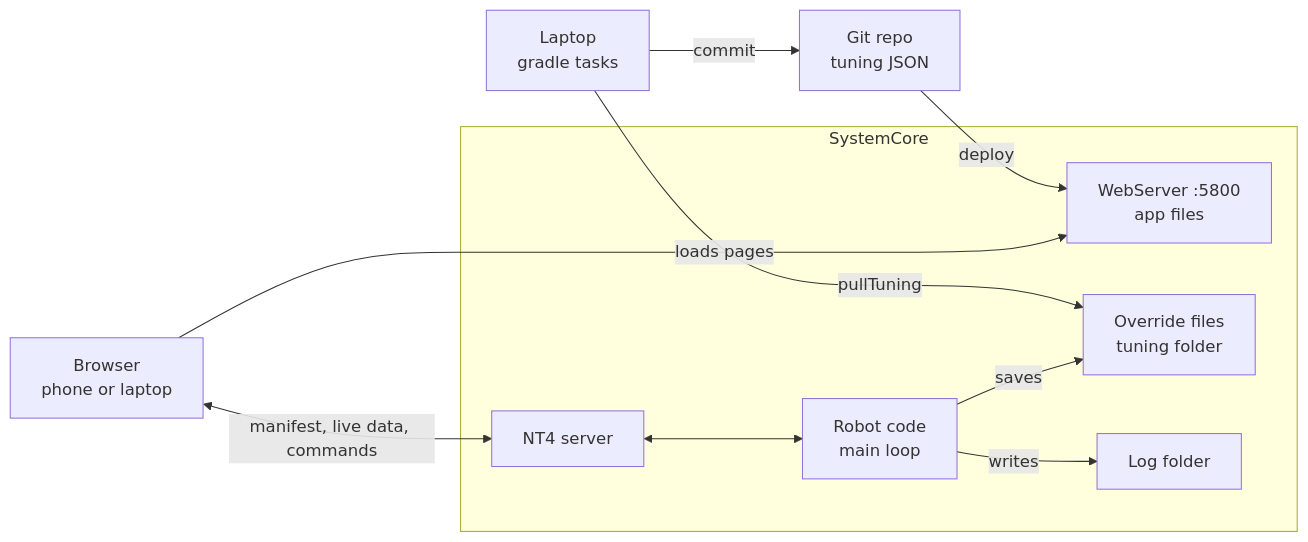
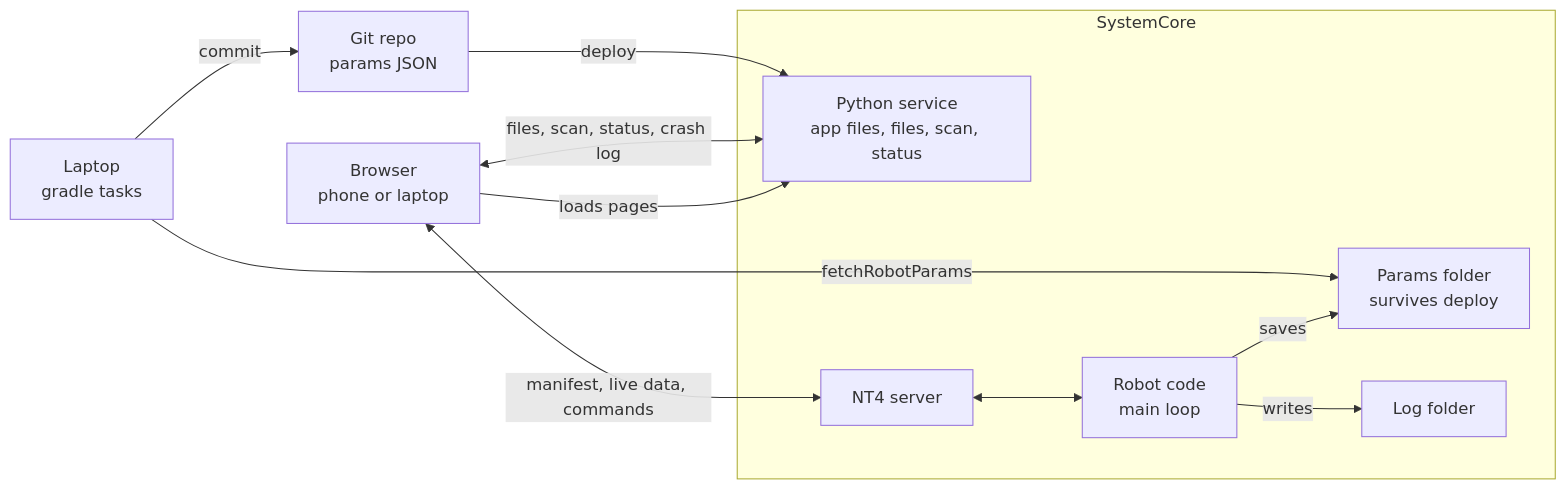
One commit to Spectrum3847/2026-FM-SystemCore changed the diagram in docs/robot-app-plan.md. Above: the diagram before and after it, drawn with Mermaid. The commit also changed other lines of this file and 4 other files, not shown here.

First line of the commit message:
Update robot app plan to settled decisions (#142)

````diff
--- a/docs/robot-app-plan.md
+++ b/docs/robot-app-plan.md
@@ -52,21 +52,22 @@
 ```mermaid
 flowchart LR
   Browser["Browser<br/>phone or laptop"]
   subgraph Robot["SystemCore"]
-    WS["WebServer :5800<br/>app files"]
+    PS["Python service<br/>app files, files, scan, status"]
     NT["NT4 server"]
     Code["Robot code<br/>main loop"]
-    Ovr["Override files<br/>tuning folder"]
+    Ovr["Params folder<br/>survives deploy"]
     Logs["Log folder"]
   end
   Laptop["Laptop<br/>gradle tasks"]
-  Repo["Git repo<br/>tuning JSON"]
-  Browser -->|loads pages| WS
+  Repo["Git repo<br/>params JSON"]
+  Browser -->|loads pages| PS
   Browser <-->|manifest, live data, commands| NT
+  Browser <-->|files, scan, status, crash log| PS
   NT <--> Code
   Code -->|saves| Ovr
   Code -->|writes| Logs
-  Laptop -->|pullTuning| Ovr
+  Laptop -->|fetchRobotParams| Ovr
   Laptop -->|commit| Repo
-  Repo -->|deploy| WS
+  Repo -->|deploy| PS
 ```
````
